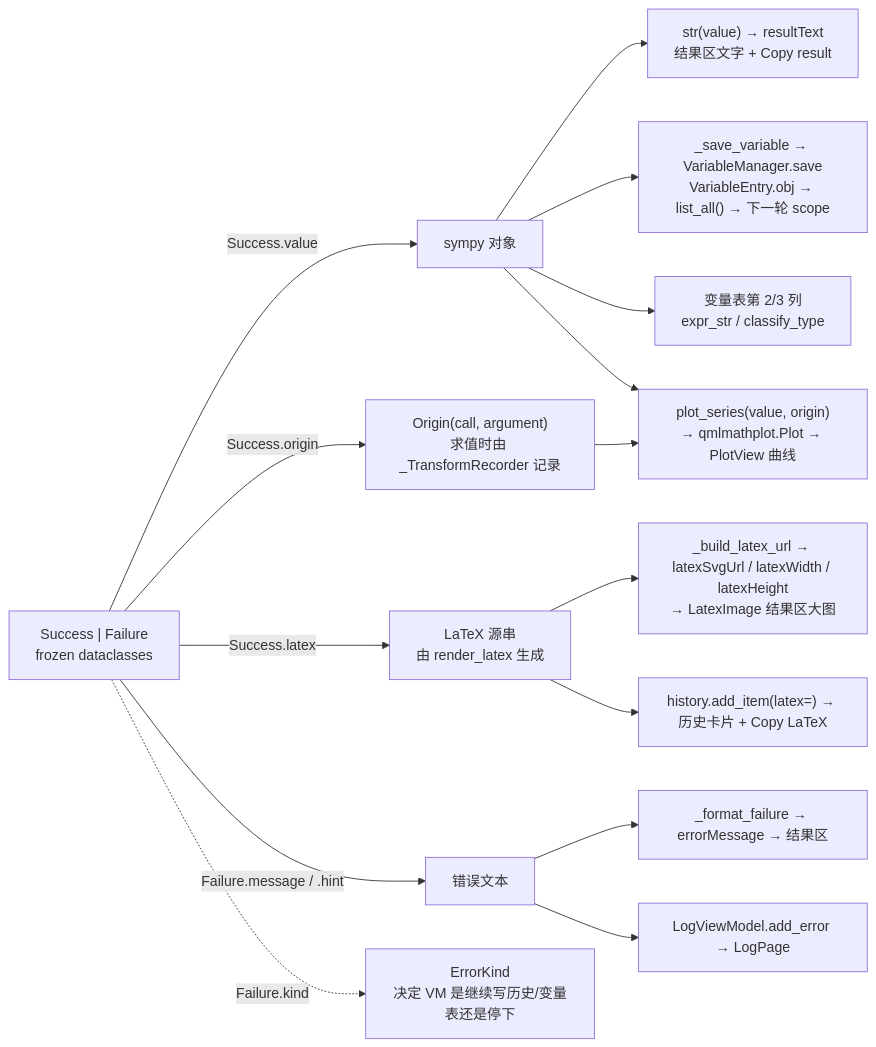
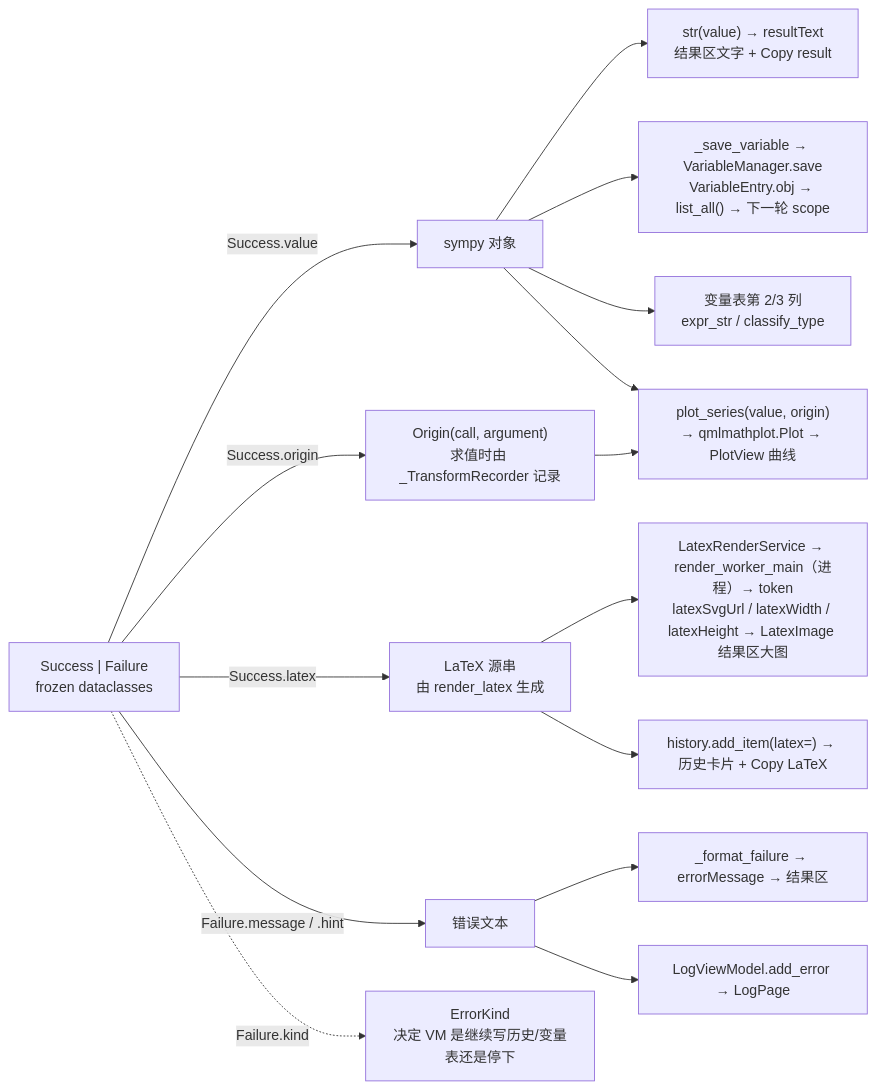
One commit to I-AM-A-NOOB/Symplify changed the third of 3 diagrams in docs/architecture.md. Above: the diagram before and after it, drawn with Mermaid. The commit also changed other lines of this file and 67 other files, not shown here.

````diff
--- a/docs/architecture.md
+++ b/docs/architecture.md
@@ -139,23 +217,23 @@
 ```mermaid
 flowchart LR
     R["Success | Failure<br/>frozen dataclasses"]
 
     R -->|"Success.value"| V["sympy 对象"]
     V --> V1["str(value) → resultText<br/>结果区文字 + Copy result"]
     V --> V2["_save_variable → VariableManager.save<br/>VariableEntry.obj → list_all() → 下一轮 scope"]
     V --> V3["变量表第 2/3 列<br/>expr_str / classify_type"]
     V --> V4["plot_series(value, origin)<br/>→ qmlmathplot.Plot → PlotView 曲线"]
 
     R -->|"Success.origin"| O["Origin(call, argument)<br/>求值时由 _TransformRecorder 记录"]
     O --> V4
 
     R -->|"Success.latex"| L["LaTeX 源串<br/>由 render_latex 生成"]
-    L --> L1["_build_latex_url → latexSvgUrl / latexWidth / latexHeight<br/>→ LatexImage 结果区大图"]
+    L --> L1["LatexRenderService → render_worker_main（进程）→ token<br/>latexSvgUrl / latexWidth / latexHeight → LatexImage 结果区大图"]
     L --> L2["history.add_item(latex=) → 历史卡片 + Copy LaTeX"]
 
     R -->|"Failure.message / .hint"| E["错误文本"]
     E --> E1["_format_failure → errorMessage → 结果区"]
     E --> E2["LogViewModel.add_error → LogPage"]
 
     R -.->|"Failure.kind"| K["ErrorKind<br/>决定 VM 是继续写历史/变量表还是停下"]
 ```
````
